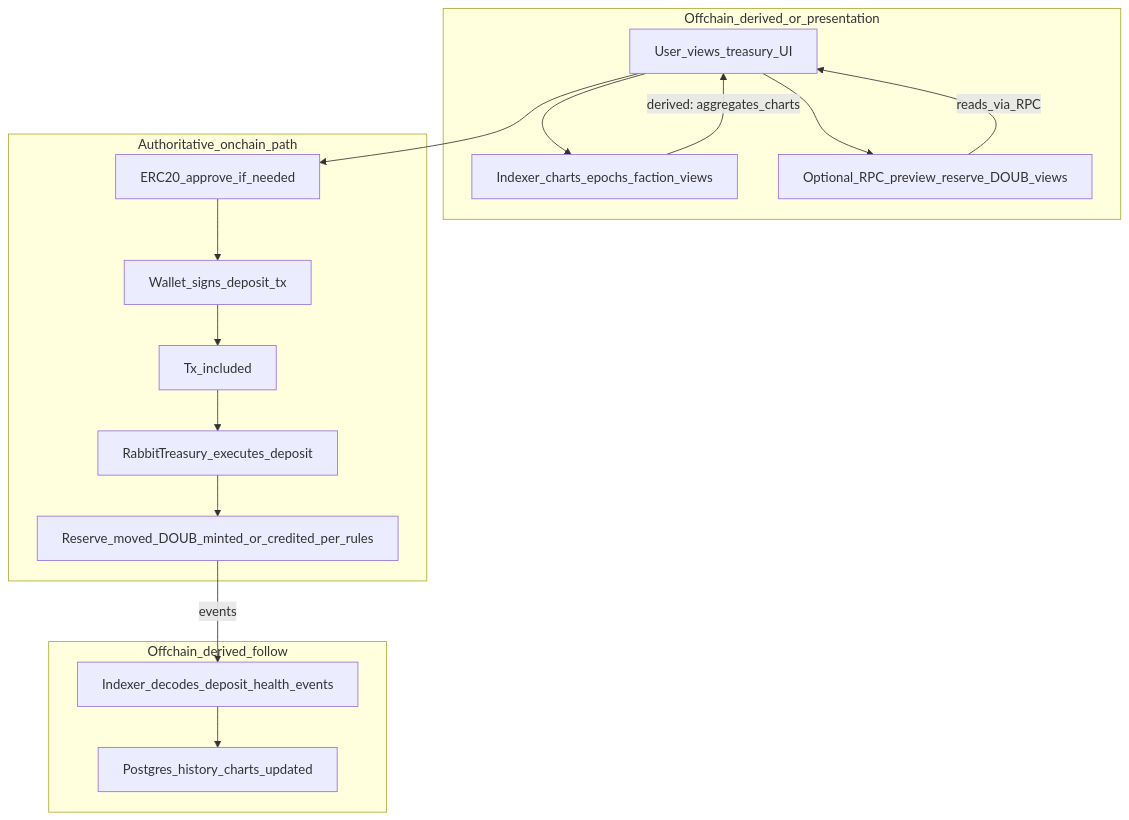
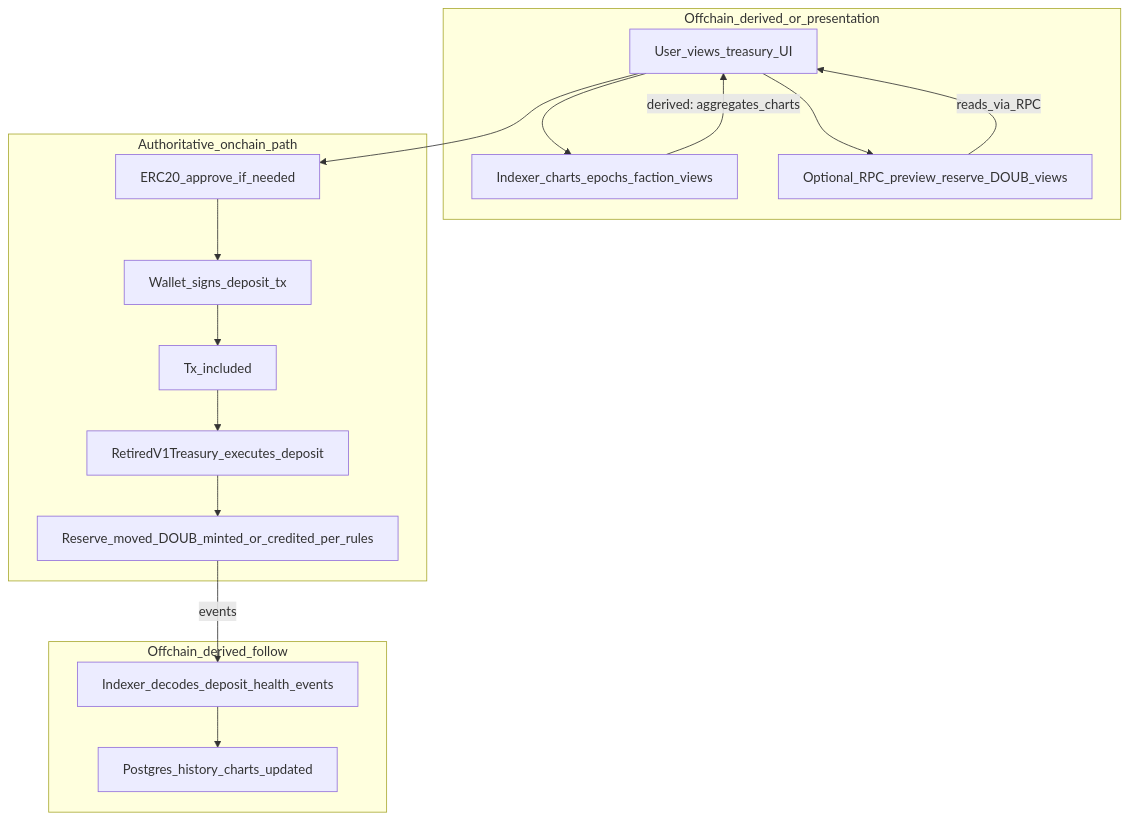
Before and after one commit to PlasticDigits/yieldomega: the second of 2 diagrams in docs/architecture/data-flows.md, drawn with Mermaid. The commit also changed other lines of this file and 45 other files, not shown here.

Commit message:
verify(#242): finish Rabbit/Burrow removal hygiene and docs Complete issue #242 verification: purge legacy treasury references from active source, document INV-242 invariants, add indexer 404 smoke for removed routes, and fix RegistryContracts test initializers.

````diff
--- a/docs/architecture/data-flows.md
+++ b/docs/architecture/data-flows.md
@@ -55,30 +55,30 @@
 ```mermaid
 flowchart TD
   subgraph offchain [Offchain_derived_or_presentation]
     A[User_views_treasury_UI]
     B[Indexer_charts_epochs_faction_views]
     C[Optional_RPC_preview_reserve_DOUB_views]
   end
   subgraph wallet_chain [Authoritative_onchain_path]
     D[ERC20_approve_if_needed]
     E[Wallet_signs_deposit_tx]
     F[Tx_included]
-    G[RabbitTreasury_executes_deposit]
+    G[RetiredV1Treasury_executes_deposit]
     H[Reserve_moved_DOUB_minted_or_credited_per_rules]
   end
   subgraph indexer_follow [Offchain_derived_follow]
     I[Indexer_decodes_deposit_health_events]
     J[Postgres_history_charts_updated]
   end
   A --> B
   B -->|"derived: aggregates_charts"| A
   A --> C
   C -->|"reads_via_RPC"| A
   A --> D
   D --> E
   E --> F
   F --> G
   G --> H
   H -->|"events"| I
   I --> J
 ```
````
